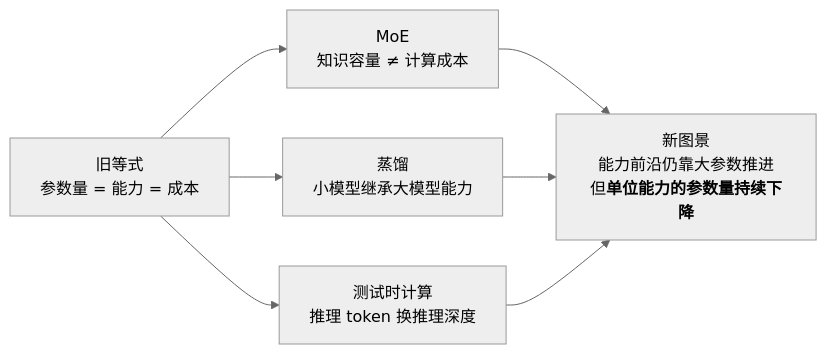
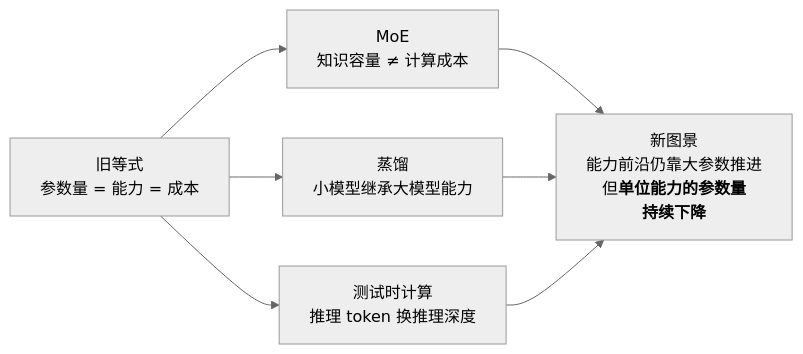
The second of 2 diagrams in ai/llm-fundamentals/09-param-scale.zh.md (geekchow/technical-knowledge), drawn with Mermaid (neutral theme) before and after one commit. The commit also changed other lines of this file and 9 other files, not shown here.

Commit message:
fix mermaid label store issue.

````diff
--- a/ai/llm-fundamentals/09-param-scale.zh.md
+++ b/ai/llm-fundamentals/09-param-scale.zh.md
@@ -181,7 +181,7 @@
 ```mermaid
 flowchart LR
     OLD["旧等式<br/>参数量 = 能力 = 成本"] --> M1["MoE<br/>知识容量 ≠ 计算成本"]
     OLD --> M2["蒸馏<br/>小模型继承大模型能力"]
     OLD --> M3["测试时计算<br/>推理 token 换推理深度"]
-    M1 & M2 & M3 --> NEW["新图景<br/>能力前沿仍靠大参数推进<br/>但<b>单位能力的参数量持续下降</b>"]
+    M1 & M2 & M3 --> NEW["新图景<br/>能力前沿仍靠大参数推进<br/>但<b>单位能力的参数量</b><br/><b>持续下降</b>"]
 ```
````
